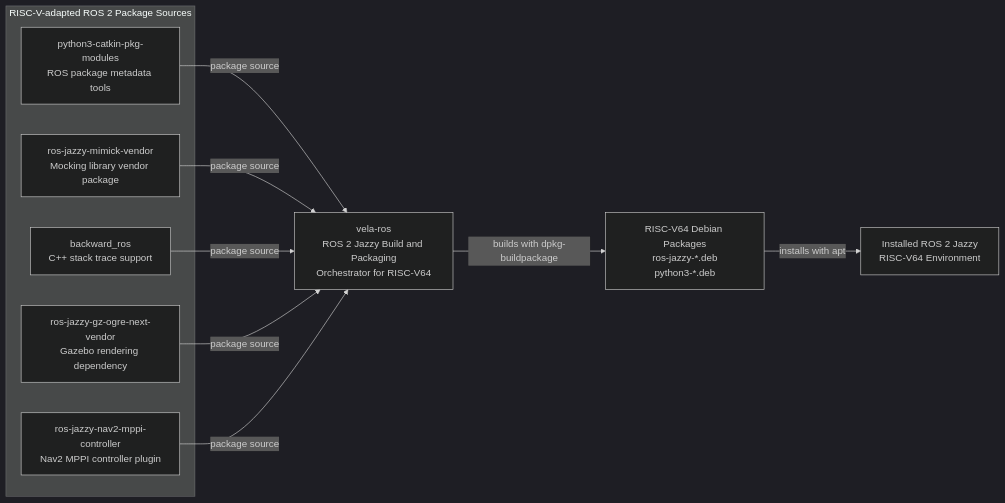
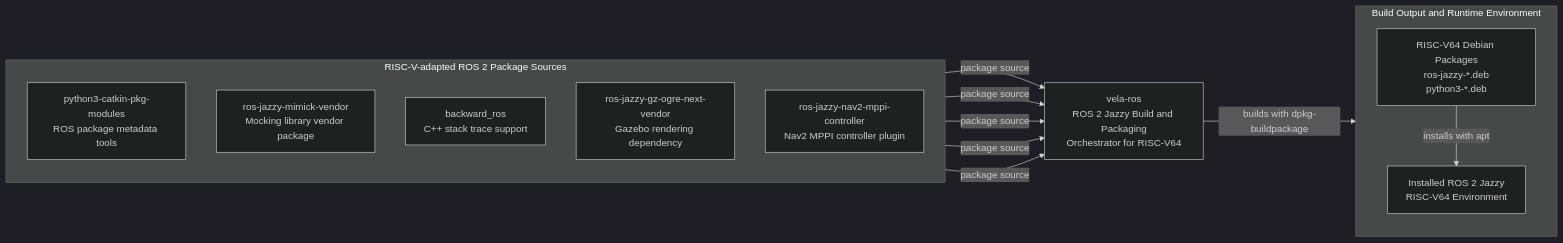
One commit to junho-falinux/vela-ros changed the second of 2 diagrams in README.md. Above: the diagram before and after it, drawn with Mermaid (dark theme). The commit also changed other lines of this file, not shown here.

````diff
--- a/README.md
+++ b/README.md
@@ -30,25 +34,29 @@
 ```mermaid
 flowchart LR
     subgraph SOURCES["RISC-V-adapted ROS 2 Package Sources"]
+        direction TB
         CATKIN["python3-catkin-pkg-modules<br/>ROS package metadata tools"]
         MIMICK["ros-jazzy-mimick-vendor<br/>Mocking library vendor package"]
         BACKWARD["backward_ros<br/>C++ stack trace support"]
         OGRE["ros-jazzy-gz-ogre-next-vendor<br/>Gazebo rendering dependency"]
         MPPI["ros-jazzy-nav2-mppi-controller<br/>Nav2 MPPI controller plugin"]
     end
 
     VELA["vela-ros<br/>ROS 2 Jazzy Build and Packaging<br/>Orchestrator for RISC-V64"]
 
-    DEBS["RISC-V64 Debian Packages<br/>ros-jazzy-*.deb<br/>python3-*.deb"]
+    subgraph OUTPUT["Build Output and Runtime Environment"]
+        direction TB
+        DEBS["RISC-V64 Debian Packages<br/>ros-jazzy-*.deb<br/>python3-*.deb"]
+        ENV["Installed ROS 2 Jazzy<br/>RISC-V64 Environment"]
 
-    ENV["Installed ROS 2 Jazzy<br/>RISC-V64 Environment"]
+        DEBS -->|"installs with apt"| ENV
+    end
 
     CATKIN -->|"package source"| VELA
     MIMICK -->|"package source"| VELA
     BACKWARD -->|"package source"| VELA
     OGRE -->|"package source"| VELA
     MPPI -->|"package source"| VELA
 
     VELA -->|"builds with dpkg-buildpackage"| DEBS
-    DEBS -->|"installs with apt"| ENV
 ```
````
